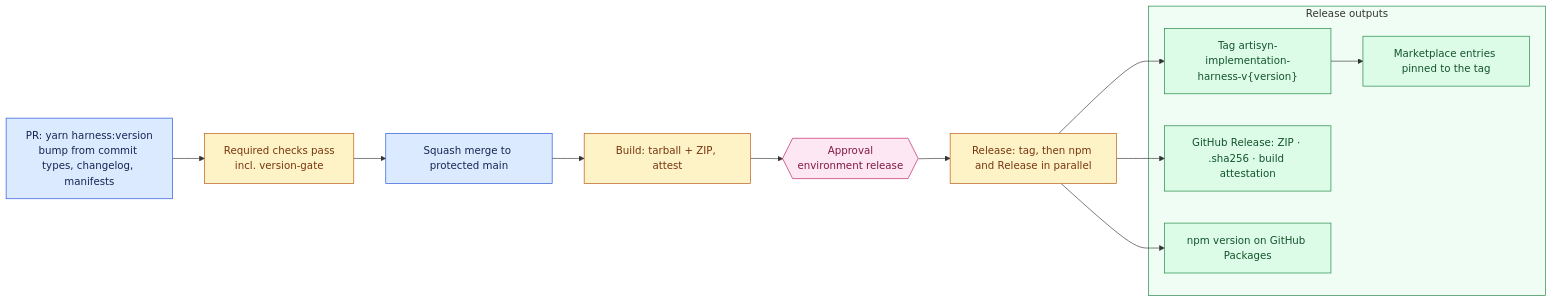
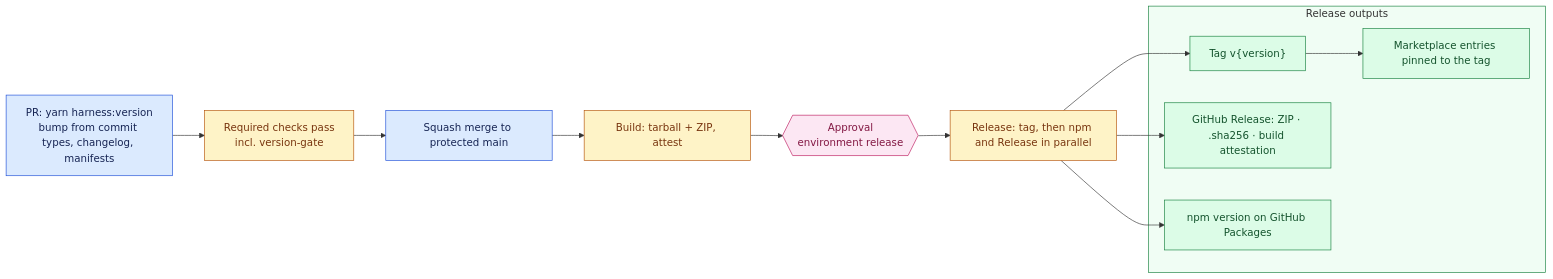
The diagram in docs/Harness/09 Distribution/03 Versioning and Releases.md (DataArt/artisyn-implementation-harness), drawn with Mermaid before and after one commit. The commit also changed other lines of this file and 26 other files, not shown here.

First line of the commit message:
feat(harness): tag releases v<version>

````diff
--- a/docs/Harness/09 Distribution/03 Versioning and Releases.md
+++ b/docs/Harness/09 Distribution/03 Versioning and Releases.md
@@ -28,32 +29,32 @@
 ```mermaid
 flowchart LR
     V["PR: yarn harness:version\nbump from commit types, changelog, manifests"]
     C["Required checks pass\nincl. version-gate"]
     M["Squash merge to protected main"]
     B["Build: tarball + ZIP, attest"]
     A{{"Approval\nenvironment release"}}
     R["Release: tag, then npm and Release in parallel"]
 
     subgraph OUT["Release outputs"]
-        T["Tag artisyn-implementation-harness-v{version}"]
+        T["Tag v{version}"]
         GR["GitHub Release: ZIP · .sha256 · build attestation"]
         N["npm version on GitHub Packages"]
         MK["Marketplace entries pinned to the tag"]
     end
 
     V --> C --> M --> B --> A --> R
     R --> T
     R --> GR
     R --> N
     T --> MK
 
     classDef source fill:#dbeafe,stroke:#1d4ed8,color:#172554
     classDef pipeline fill:#fef3c7,stroke:#b45309,color:#78350f
     classDef gate fill:#fce7f3,stroke:#be185d,color:#831843
     classDef channel fill:#dcfce7,stroke:#15803d,color:#14532d
     class V,M source
     class C,B,R pipeline
     class A gate
     class T,GR,N,MK channel
     style OUT fill:#f0fdf4,stroke:#15803d
 ```
````
